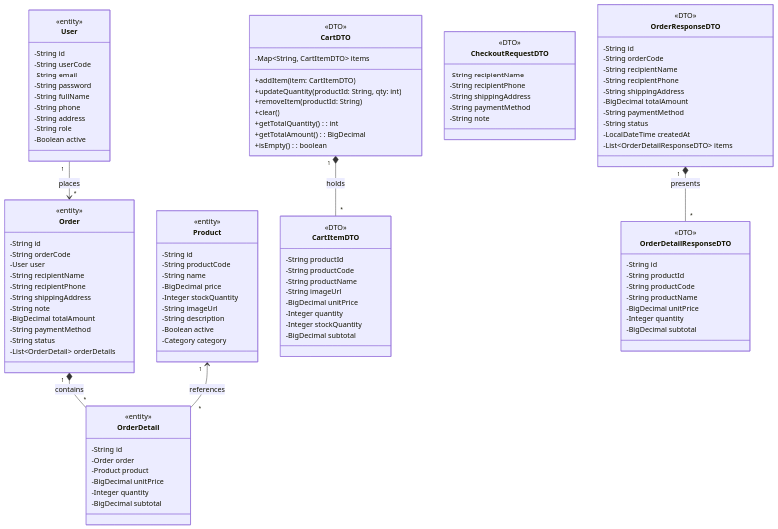
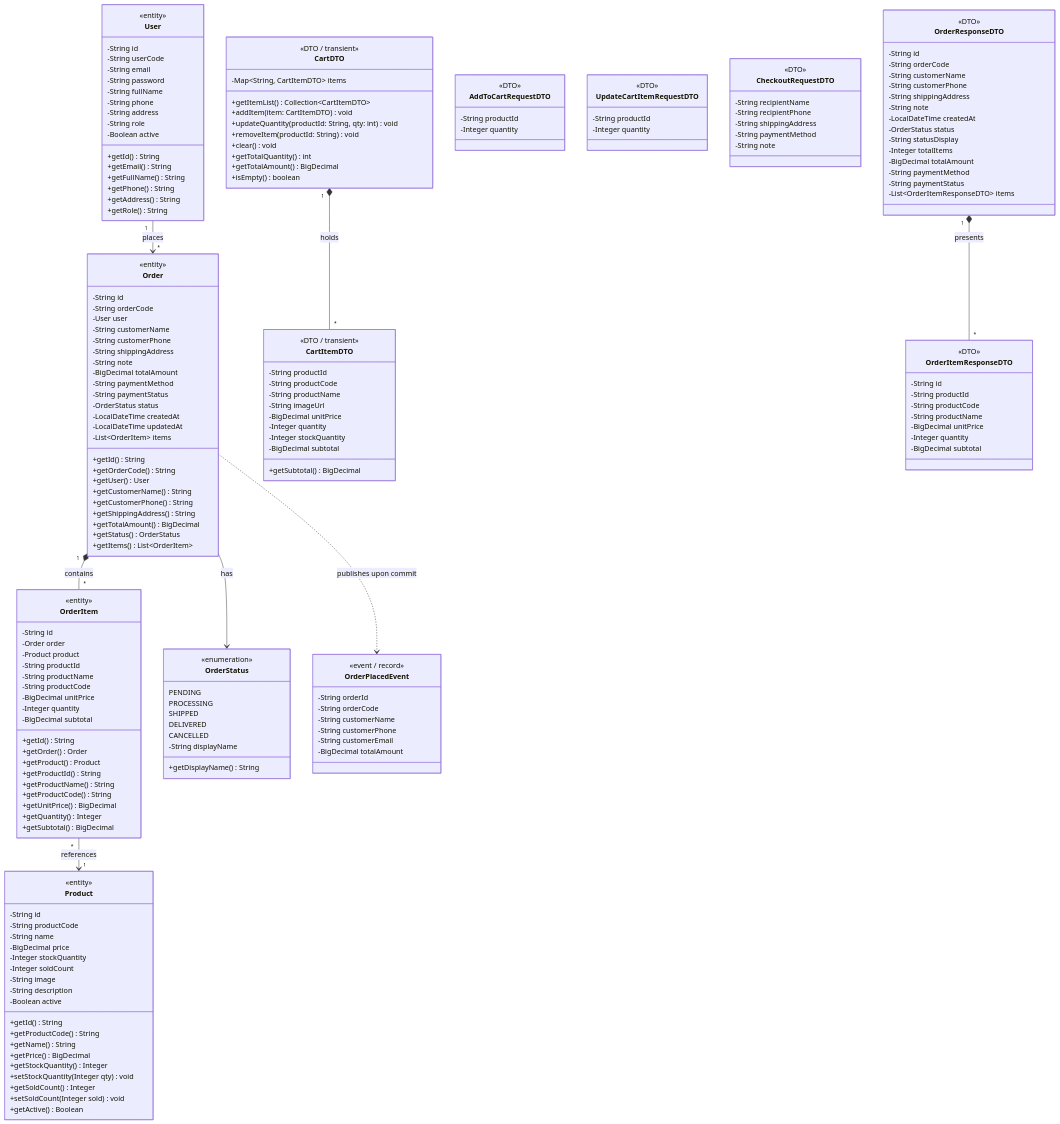
One commit to trangiahaodev/www-programming changed the third of 3 diagrams in docs/diagrams/cart-checkout.md. Above: the diagram before and after it, drawn with Mermaid. The commit also changed other lines of this file and 35 other files, not shown here.

````diff
--- a/docs/diagrams/cart-checkout.md
+++ b/docs/diagrams/cart-checkout.md
@@ -155,10 +221,19 @@
         -String name
         -BigDecimal price
         -Integer stockQuantity
-        -String imageUrl
+        -Integer soldCount
+        -String image
         -String description
         -Boolean active
-        -Category category
+        +getId() String
+        +getProductCode() String
+        +getName() String
+        +getPrice() BigDecimal
+        +getStockQuantity() Integer
+        +setStockQuantity(Integer qty) void
+        +getSoldCount() Integer
+        +setSoldCount(Integer sold) void
+        +getActive() Boolean
     }
 
     class User {
@@ -172,6 +247,12 @@
         -String address
         -String role
         -Boolean active
+        +getId() String
+        +getEmail() String
+        +getFullName() String
+        +getPhone() String
+        +getAddress() String
+        +getRole() String
     }
 
     class Order {
@@ -179,40 +260,76 @@
         -String id
         -String orderCode
         -User user
-        -String recipientName
-        -String recipientPhone
+        -String customerName
+        -String customerPhone
         -String shippingAddress
         -String note
         -BigDecimal totalAmount
         -String paymentMethod
-        -String status
-        -List~OrderDetail~ orderDetails
+        -String paymentStatus
+        -OrderStatus status
+        -LocalDateTime createdAt
+        -LocalDateTime updatedAt
+        -List~OrderItem~ items
+        +getId() String
+        +getOrderCode() String
+        +getUser() User
+        +getCustomerName() String
+        +getCustomerPhone() String
+        +getShippingAddress() String
+        +getTotalAmount() BigDecimal
+        +getStatus() OrderStatus
+        +getItems() List~OrderItem~
     }
 
-    class OrderDetail {
+    class OrderItem {
         <<entity>>
         -String id
         -Order order
         -Product product
+        -String productId
+        -String productName
+        -String productCode
         -BigDecimal unitPrice
         -Integer quantity
         -BigDecimal subtotal
+        +getId() String
+        +getOrder() Order
+        +getProduct() Product
+        +getProductId() String
+        +getProductName() String
+        +getProductCode() String
+        +getUnitPrice() BigDecimal
+        +getQuantity() Integer
+        +getSubtotal() BigDecimal
+    }
+
+    class OrderStatus {
+        <<enumeration>>
+        PENDING
+        PROCESSING
+        SHIPPED
+        DELIVERED
+        CANCELLED
+        -String displayName
+        +getDisplayName() String
     }
 
     class CartDTO {
-        <<DTO>>
+        <<DTO / transient>>
         -Map~String, CartItemDTO~ items
-        +addItem(item: CartItemDTO)
-        +updateQuantity(productId: String, qty: int)
-        +removeItem(productId: String)
-        +clear()
-        +getTotalQuantity(): int
-        +getTotalAmount(): BigDecimal
-        +isEmpty(): boolean
+        +getItemList() Collection~CartItemDTO~
+        +addItem(item: CartItemDTO) void
+        +updateQuantity(productId: String, qty: int) void
+        +removeItem(productId: String) void
+        +clear() void
+        +getTotalQuantity() int
+        +getTotalAmount() BigDecimal
+        +isEmpty() boolean
     }
 
     class CartItemDTO {
-        <<DTO>>
+        <<DTO / transient>>
         -String productId
         -String productCode
         -String productName
@@ -221,6 +338,19 @@
         -Integer quantity
         -Integer stockQuantity
         -BigDecimal subtotal
+        +getSubtotal() BigDecimal
+    }
+
+    class AddToCartRequestDTO {
+        <<DTO>>
+        -String productId
+        -Integer quantity
+    }
+
+    class UpdateCartItemRequestDTO {
+        <<DTO>>
+        -String productId
+        -Integer quantity
     }
 
     class CheckoutRequestDTO {
@@ -236,17 +366,21 @@
         <<DTO>>
         -String id
         -String orderCode
-        -String recipientName
-        -String recipientPhone
+        -String customerName
+        -String customerPhone
         -String shippingAddress
+        -String note
+        -LocalDateTime createdAt
+        -OrderStatus status
+        -String statusDisplay
+        -Integer totalItems
         -BigDecimal totalAmount
         -String paymentMethod
-        -String status
-        -LocalDateTime createdAt
-        -List~OrderDetailResponseDTO~ items
+        -String paymentStatus
+        -List~OrderItemResponseDTO~ items
     }
 
-    class OrderDetailResponseDTO {
+    class OrderItemResponseDTO {
         <<DTO>>
         -String id
         -String productId
@@ -257,9 +391,21 @@
         -BigDecimal subtotal
     }
 
+    class OrderPlacedEvent {
+        <<event / record>>
+        -String orderId
+        -String orderCode
+        -String customerName
+        -String customerPhone
+        -String customerEmail
+        -BigDecimal totalAmount
+    }
+
     User "1" --> "*" Order : places
-    Order "1" *-- "*" OrderDetail : contains
-    Product "1" <-- "*" OrderDetail : references
+    Order "1" *-- "*" OrderItem : contains
+    OrderItem "*" --> "1" Product : references
+    Order --> OrderStatus : has
     CartDTO "1" *-- "*" CartItemDTO : holds
-    OrderResponseDTO "1" *-- "*" OrderDetailResponseDTO : presents
+    OrderResponseDTO "1" *-- "*" OrderItemResponseDTO : presents
+    Order ..> OrderPlacedEvent : publishes upon commit
 ```
````
